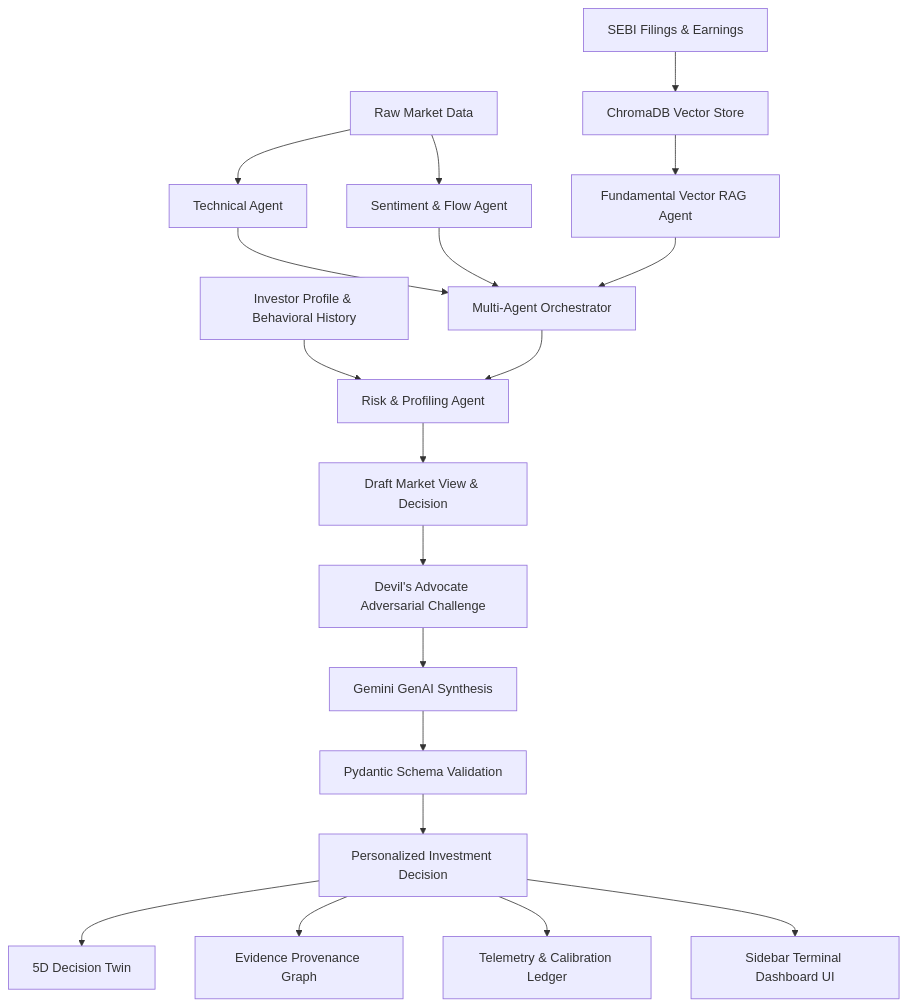
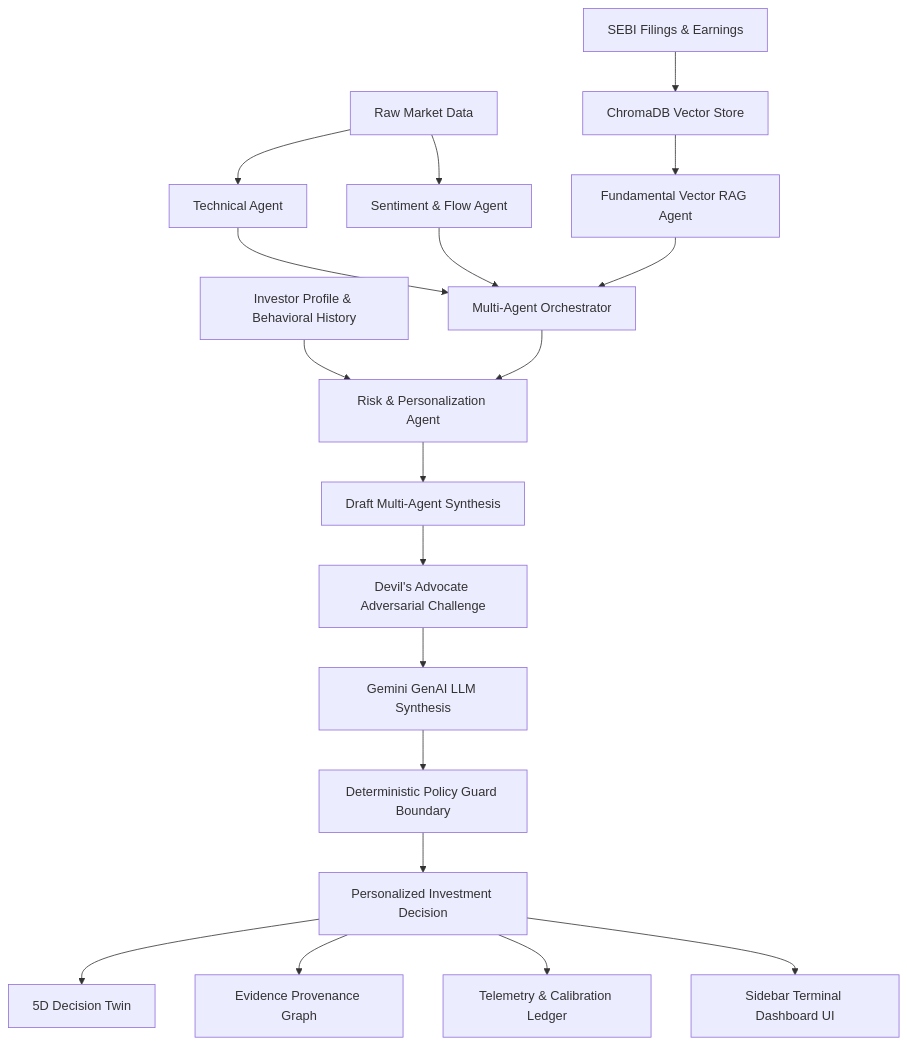
The first of 2 diagrams in README.md (bhuvaneshwarann-ma/finintel-decision-engine), drawn with Mermaid before and after one commit. The commit also changed other lines of this file, not shown here.

Commit message:
docs(readme): apply 4 refinements - remove local file links, add 60s demo walkthrough, document Gemini policy guard boundary, and clarify demo data provenance

````diff
--- a/README.md
+++ b/README.md
@@ -51,26 +78,26 @@
 ```mermaid
 flowchart TD
     A[Raw Market Data] --> B[Technical Agent]
     A --> C[Sentiment & Flow Agent]
     D[SEBI Filings & Earnings] --> E[ChromaDB Vector Store]
     E --> F[Fundamental Vector RAG Agent]
 
     B --> G[Multi-Agent Orchestrator]
     C --> G
     F --> G
 
-    H[Investor Profile & Behavioral History] --> I[Risk & Profiling Agent]
+    H[Investor Profile & Behavioral History] --> I[Risk & Personalization Agent]
     G --> I
 
-    I --> J[Draft Market View & Decision]
+    I --> J[Draft Multi-Agent Synthesis]
     J --> K[Devil's Advocate Adversarial Challenge]
-    K --> L[Gemini GenAI Synthesis]
+    K --> L[Gemini GenAI LLM Synthesis]
 
-    L --> M[Pydantic Schema Validation]
+    L --> M[Deterministic Policy Guard Boundary]
     M --> N[Personalized Investment Decision]
 
     N --> O[5D Decision Twin]
     N --> P[Evidence Provenance Graph]
     N --> Q[Telemetry & Calibration Ledger]
     N --> R[Sidebar Terminal Dashboard UI]
 ```
````
